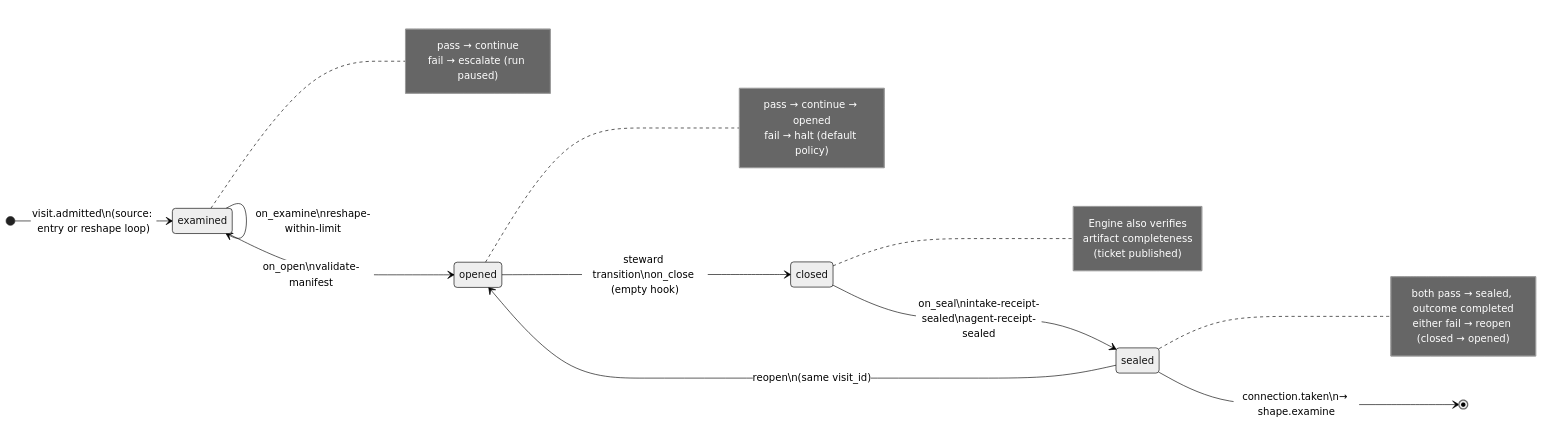
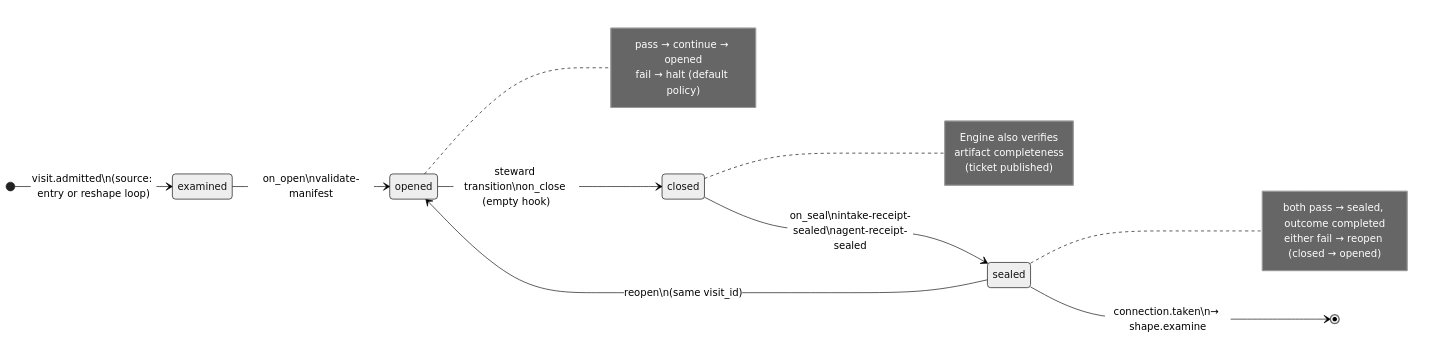
One commit to burtlo/foundry changed the first of 2 diagrams in docs/nodes/shape.intake.md. Above: the diagram before and after it, drawn with Mermaid (neutral theme). The commit also changed other lines of this file and 10 other files, not shown here.

````diff
--- a/docs/nodes/shape.intake.md
+++ b/docs/nodes/shape.intake.md
@@ -25,35 +25,29 @@
 ```mermaid
 stateDiagram-v2
   direction LR
 
   [*] --> examined: visit.admitted\n(source: entry or reshape loop)
-
-  examined --> examined: on_examine\nreshape-within-limit
-  note right of examined
-    pass → continue
-    fail → escalate (run paused)
-  end note
 
   examined --> opened: on_open\nvalidate-manifest
   note right of opened
     pass → continue → opened
     fail → halt (default policy)
   end note
 
   opened --> closed: steward transition\non_close (empty hook)
   note right of closed
     Engine also verifies
     artifact completeness
     (ticket published)
   end note
 
   closed --> sealed: on_seal\nintake-receipt-sealed\nagent-receipt-sealed
   note right of sealed
     both pass → sealed, outcome completed
     either fail → reopen (closed → opened)
   end note
 
   sealed --> [*]: connection.taken\n→ shape.examine
 
   sealed --> opened: reopen\n(same visit_id)
 ```
````
